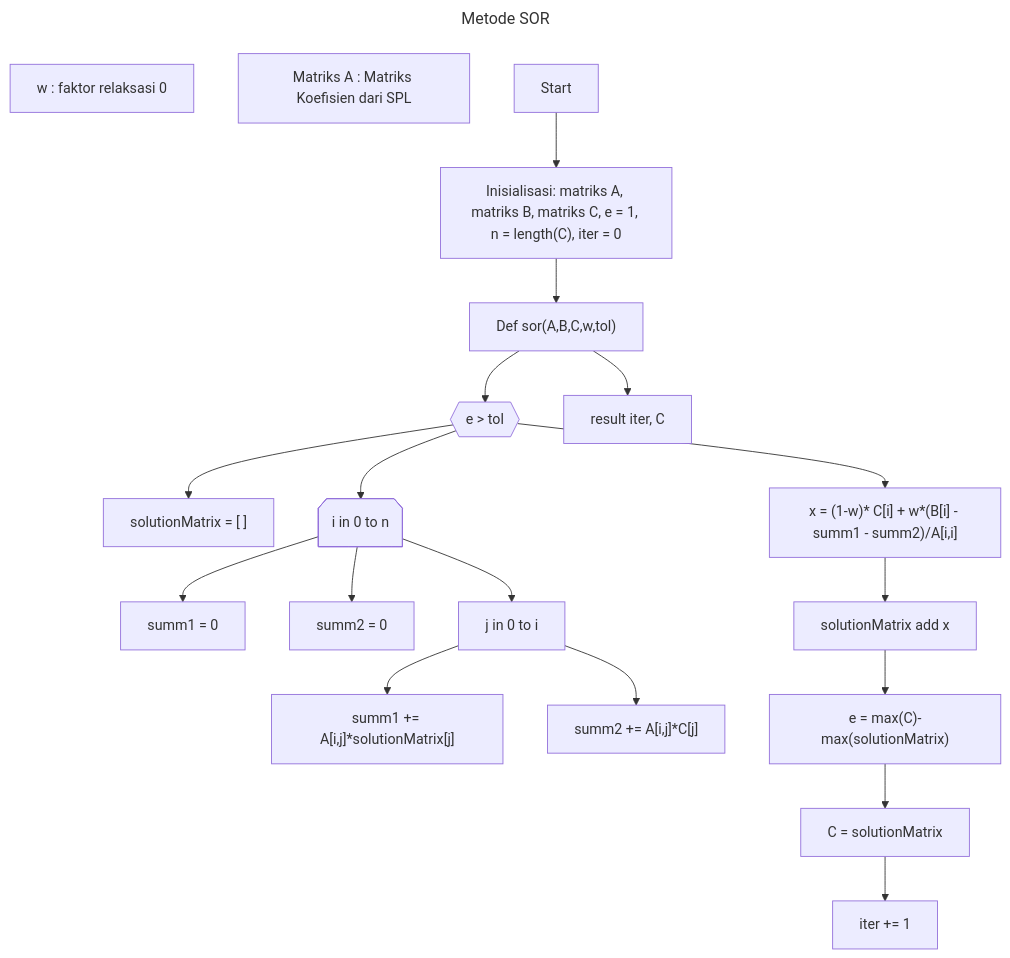
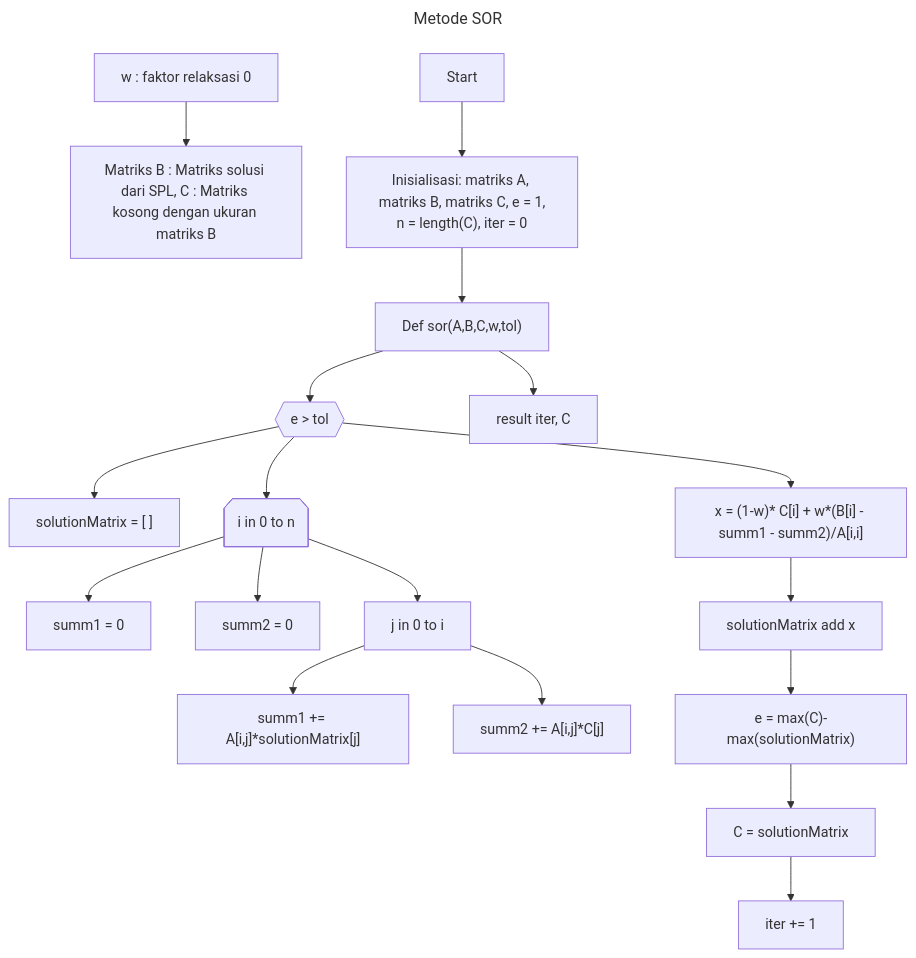
Before and after one commit to aslabkomfis/Komputasi-Numerik-24-25: the diagram in Modul-3/metode-sor.mmd, drawn with Mermaid.

```diff
--- a/Modul-3/metode-sor.mmd
+++ b/Modul-3/metode-sor.mmd
@@ -1,24 +1,24 @@
 ---
 title: Metode SOR
 ---
 
 flowchart TD;
     Z["w : faktor relaksasi 0<w<2"]
-    ZZ["Matriks A : Matriks Koefisien dari SPL"]
+    Z-->ZZ["Matriks B : Matriks solusi dari SPL, C : Matriks kosong dengan ukuran matriks B"]
 
-    A[Start] --> B["Inisialisasi: matriks A, matriks B, matriks C, e = 1, n = length(C), iter = 0"] 
+    A[Start] --> B["Inisialisasi: matriks A, \n matriks B, matriks C, e = 1, n = length(C), iter = 0"] 
     B --> X["Def sor(A,B,C,w,tol)"]
     X --> C{{"e > tol"}}
     C --> D["solutionMatrix = [ ]"]
     C --> E@{shape: notch-pent, label: "i in 0 to n"}
     E --> F["summ1 = 0"]
     E --> G["summ2 = 0"]
     E --> H["j in 0 to i"]
     H --> I["summ1 += A[i,j]*solutionMatrix[j]"]
     H --> K["summ2 += A[i,j]*C[j]"]
     C --> L["x = (1-w)* C[i] + w*(B[i] - summ1 - summ2)/A[i,i]"]
     L --> M["solutionMatrix add x"]
     M --> N["e = max(C)-max(solutionMatrix)"]
     N --> P["C = solutionMatrix"]
     P --> Q["iter += 1"]
     X --> R["result iter, C"]
```
